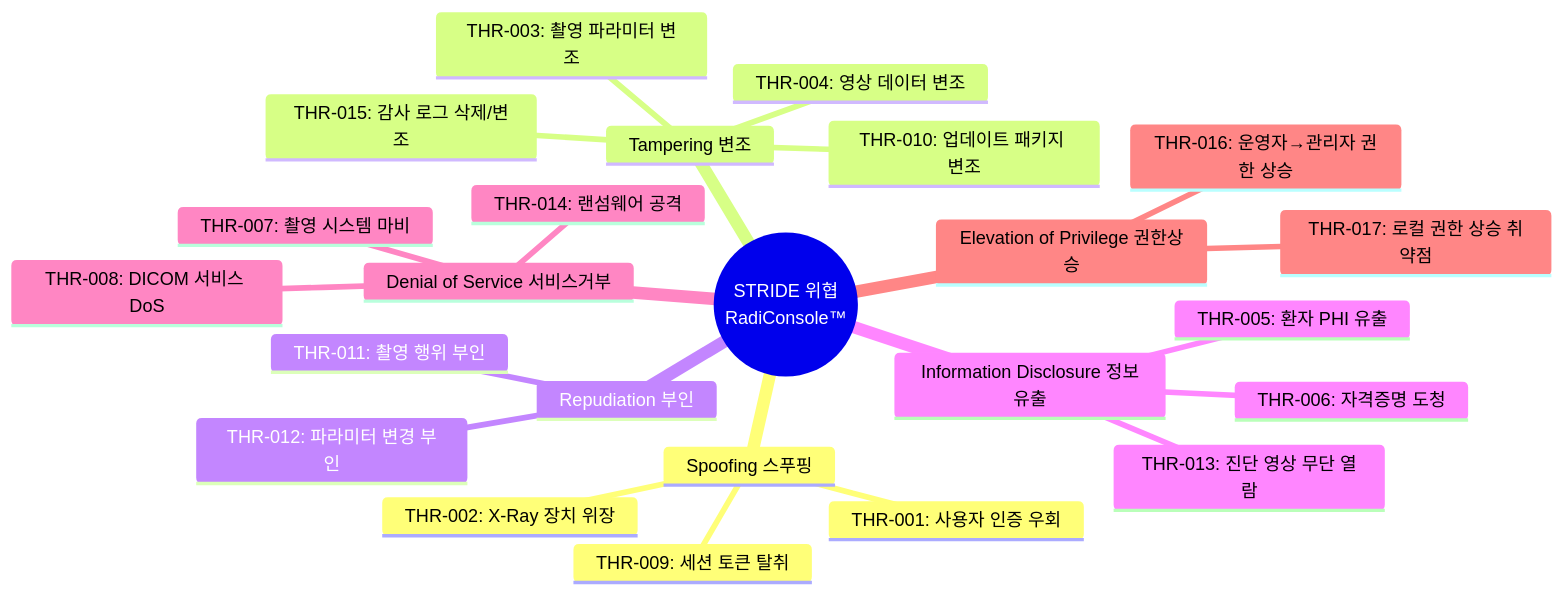
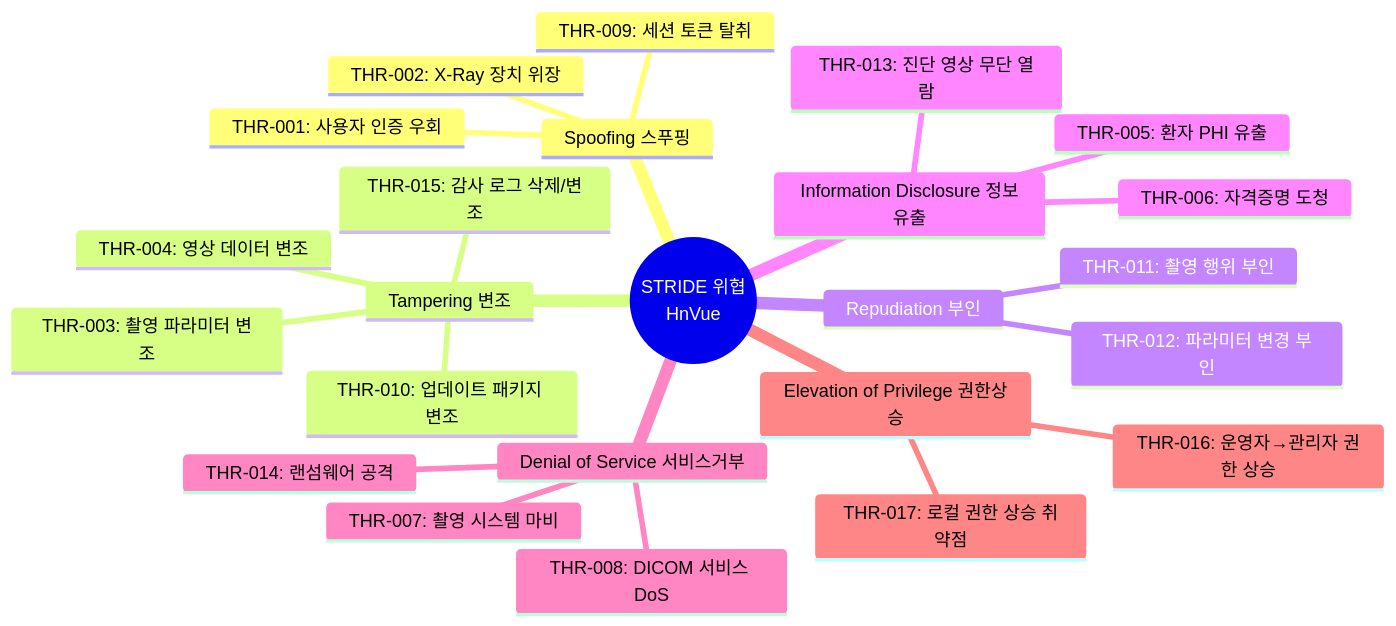
One commit to holee9/console-gui changed the fourth of 11 diagrams in docs/management/DOC-016_Cybersecurity_Plan_v1.0.md. Above: the diagram before and after it, drawn with Mermaid. The commit also changed other lines of this file and 34 other files, not shown here.

First line of the commit message:
fix: RadiConsole → HnVue 전체 일괄 변경 (35개 파일, 300건+)

````diff
--- a/docs/management/DOC-016_Cybersecurity_Plan_v1.0.md
+++ b/docs/management/DOC-016_Cybersecurity_Plan_v1.0.md
@@ -302,27 +302,27 @@
 ```mermaid
 mindmap
-  root((STRIDE 위협<br/>RadiConsole™))
+  root((STRIDE 위협<br/>HnVue))
     Spoofing 스푸핑
       THR-001: 사용자 인증 우회
       THR-002: X-Ray 장치 위장
       THR-009: 세션 토큰 탈취
     Tampering 변조
       THR-003: 촬영 파라미터 변조
       THR-004: 영상 데이터 변조
       THR-010: 업데이트 패키지 변조
       THR-015: 감사 로그 삭제/변조
     Repudiation 부인
       THR-011: 촬영 행위 부인
       THR-012: 파라미터 변경 부인
     Information Disclosure 정보유출
       THR-005: 환자 PHI 유출
       THR-006: 자격증명 도청
       THR-013: 진단 영상 무단 열람
     Denial of Service 서비스거부
       THR-007: 촬영 시스템 마비
       THR-008: DICOM 서비스 DoS
       THR-014: 랜섬웨어 공격
     Elevation of Privilege 권한상승
       THR-016: 운영자→관리자 권한 상승
       THR-017: 로컬 권한 상승 취약점
 ```
````
